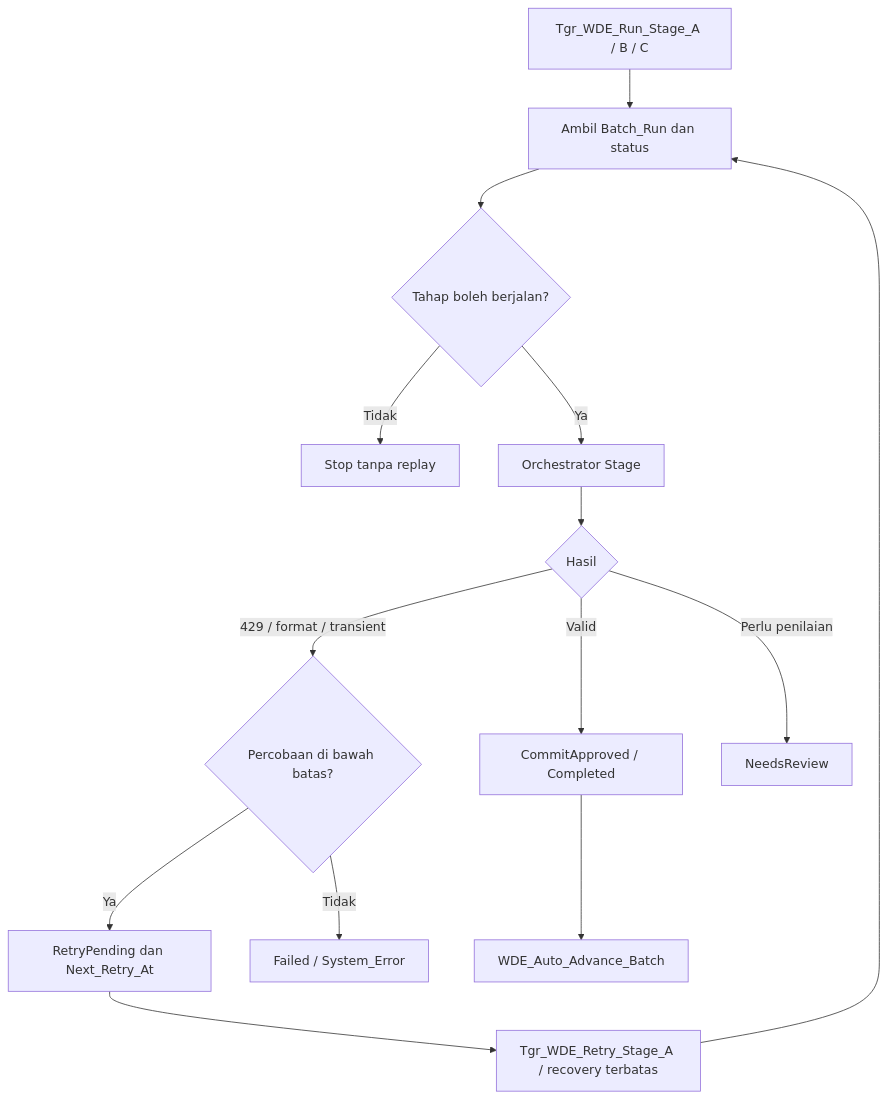
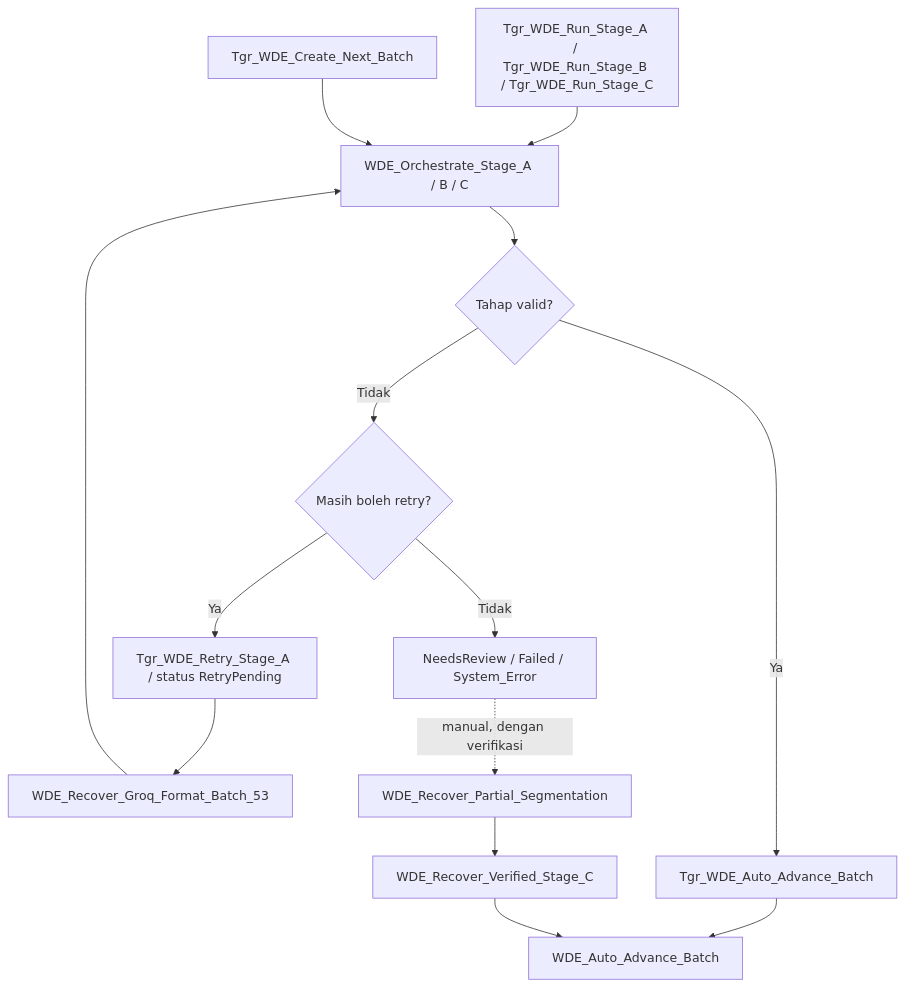
One commit to jimmytobing/Syntetic-Wisdom changed the sixth of 28 diagrams in SADD-WDE.md. Above: the diagram before and after it, drawn with Mermaid. The commit also changed other lines of this file, not shown here.

Commit message:
docs(wde): align visual SADD with two-workflow cleanup and label all Salesforce flows

````diff
--- a/SADD-WDE.md
+++ b/SADD-WDE.md
@@ -125,16 +127,16 @@
 ```mermaid
 flowchart TD
-  ENTRY["Tgr_WDE_Run_Stage_A / B / C"] --> GET["Ambil Batch_Run dan status"]
-  GET --> CHECK{"Tahap boleh berjalan?"}
-  CHECK -- "Tidak" --> STOP["Stop tanpa replay"]
-  CHECK -- "Ya" --> CALL["Orchestrator Stage"]
-  CALL --> OUT{"Hasil"}
-  OUT -- "Valid" --> NEXT["CommitApproved / Completed"]
-  OUT -- "429 / format / transient" --> BOUND{"Percobaan di bawah batas?"}
-  BOUND -- "Ya" --> RETRY["RetryPending dan Next_Retry_At"]
-  BOUND -- "Tidak" --> TERM["Failed / System_Error"]
-  OUT -- "Perlu penilaian" --> REVIEW["NeedsReview"]
-  RETRY --> SCHEDULE["Tgr_WDE_Retry_Stage_A / recovery terbatas"]
-  SCHEDULE --> GET
-  NEXT --> ADVANCE["WDE_Auto_Advance_Batch"]
+  START["Tgr_WDE_Run_Stage_A / Tgr_WDE_Run_Stage_B / Tgr_WDE_Run_Stage_C"] --> ORCH["WDE_Orchestrate_Stage_A / B / C"]
+  ORCH --> VALID{"Tahap valid?"}
+  VALID -- "Ya" --> AUTO["Tgr_WDE_Auto_Advance_Batch"]
+  AUTO --> ADV["WDE_Auto_Advance_Batch"]
+  VALID -- "Tidak" --> POLICY{"Masih boleh retry?"}
+  POLICY -- "Ya" --> DELAY["Tgr_WDE_Retry_Stage_A / status RetryPending"]
+  POLICY -- "Tidak" --> REVIEW["NeedsReview / Failed / System_Error"]
+  DELAY --> RECOVER["WDE_Recover_Groq_Format_Batch_53"]
+  RECOVER --> ORCH
+  REVIEW -. "manual, dengan verifikasi" .-> PART["WDE_Recover_Partial_Segmentation"]
+  PART --> STAGEC["WDE_Recover_Verified_Stage_C"]
+  STAGEC --> ADV
+  CREATE["Tgr_WDE_Create_Next_Batch"] --> ORCH
 ```
````
